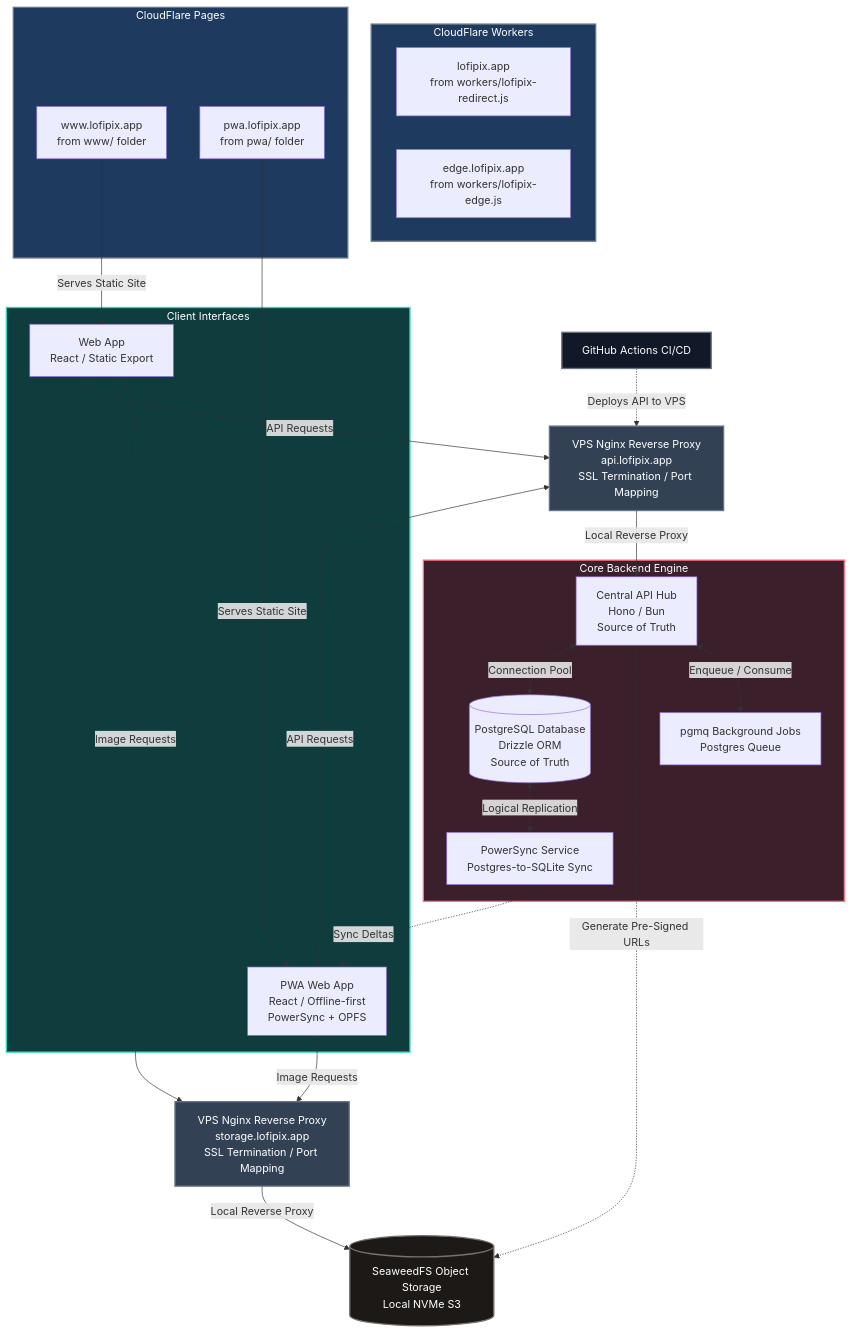
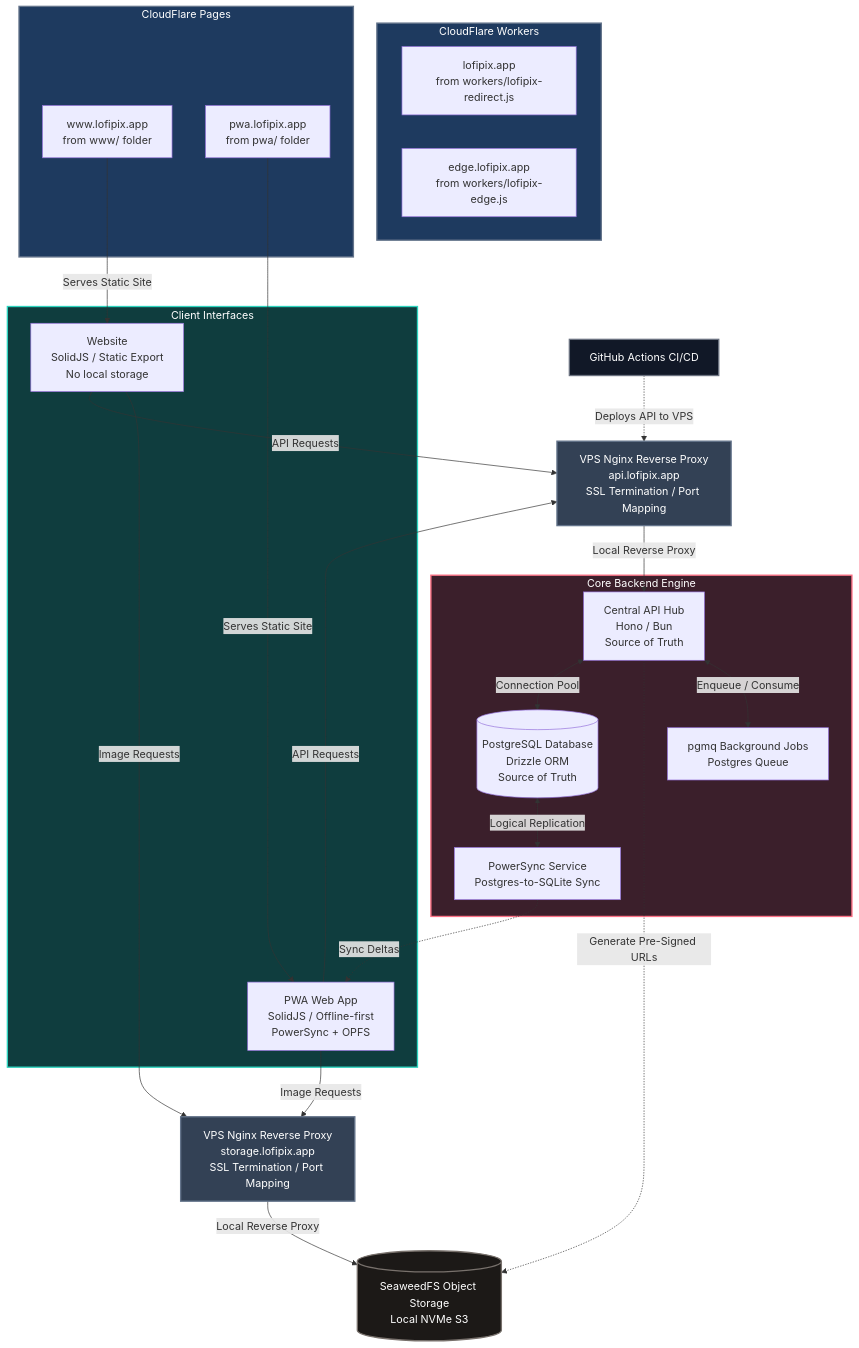
One commit to pchilton/lofipix changed the diagram in README.md. Above: the diagram before and after it, drawn with Mermaid. The commit also changed other lines of this file and 7 other files, not shown here.

````diff
--- a/README.md
+++ b/README.md
@@ -33,63 +33,63 @@
 ```mermaid
 graph TD
     %% Static Hosting
     subgraph CFWorkers [CloudFlare Workers]
         CFRedirect[lofipix.app<br>from workers/lofipix-redirect.js]
         CFEdge[edge.lofipix.app<br>from workers/lofipix-edge.js]
     end
 
     subgraph CloudFlare [CloudFlare Pages]
         CFWeb[www.lofipix.app<br>from www/ folder]
         CFPWA[pwa.lofipix.app<br>from pwa/ folder]
     end
 
     %% Client Tier
     subgraph ClientInterfaces [Client Interfaces]
-        Web[Web App<br>React / Static Export]
-        PWA[PWA Web App<br>React / Offline-first<br>PowerSync + OPFS]
+        Web[Website<br>SolidJS / Static Export<br>No local storage]
+        PWA[PWA Web App<br>SolidJS / Offline-first<br>PowerSync + OPFS]
     end
 
     %% Network Entry
     Proxy[VPS Nginx Reverse Proxy<br>api.lofipix.app<br>SSL Termination / Port Mapping]
 
     %% Deployment
     GHA[GitHub Actions CI/CD] -.->|Deploys API to VPS| Proxy
 
     %% Core Services
     subgraph CoreBackend [Core Backend Engine]
         API[Central API Hub<br>Hono / Bun<br>Source of Truth]
         DB[(PostgreSQL Database<br>Drizzle ORM<br>Source of Truth)]
         Sync[PowerSync Service<br>Postgres-to-SQLite Sync]
         Queue[pgmq Background Jobs<br>Postgres Queue]
     end
 
     StorageProxy[VPS Nginx Reverse Proxy<br>storage.lofipix.app<br>SSL Termination / Port Mapping]
 
     Storage[(SeaweedFS Object Storage<br>Local NVMe S3)]
 
     %% Hosting Routes
     CFWeb -->|Serves Static Site| Web
     CFPWA -->|Serves Static Site| PWA
 
     %% Traffic Routes
     Web & PWA -->|API Requests| Proxy
     Web & PWA -->|Image Requests| StorageProxy
     Proxy -->|Local Reverse Proxy| API
     API <-->|Connection Pool| DB
 
     API -.->|Generate Pre-Signed URLs| Storage
     StorageProxy -->|Local Reverse Proxy| Storage
     DB <-->|Logical Replication| Sync
     Sync -.->|Sync Deltas| PWA
     API <-->|Enqueue / Consume| Queue
 
     %% Layout Classes for Styling
     style CFWorkers fill:#1e3a5f,stroke:#64748b,stroke-width:2px,color:#fff
     style CloudFlare fill:#1e3a5f,stroke:#64748b,stroke-width:2px,color:#fff
     style ClientInterfaces fill:#0f3d3e,stroke:#2dd4bf,stroke-width:2px,color:#fff
     style CoreBackend fill:#3b1f2b,stroke:#fb7185,stroke-width:2px,color:#fff
     style Proxy fill:#334155,stroke:#64748b,stroke-width:2px,color:#fff
     style StorageProxy fill:#334155,stroke:#64748b,stroke-width:2px,color:#fff
     style Storage fill:#1c1917,stroke:#78716c,stroke-width:2px,color:#fff
     style GHA fill:#111827,stroke:#6b7280,stroke-width:2px,color:#fff
 ```
````
